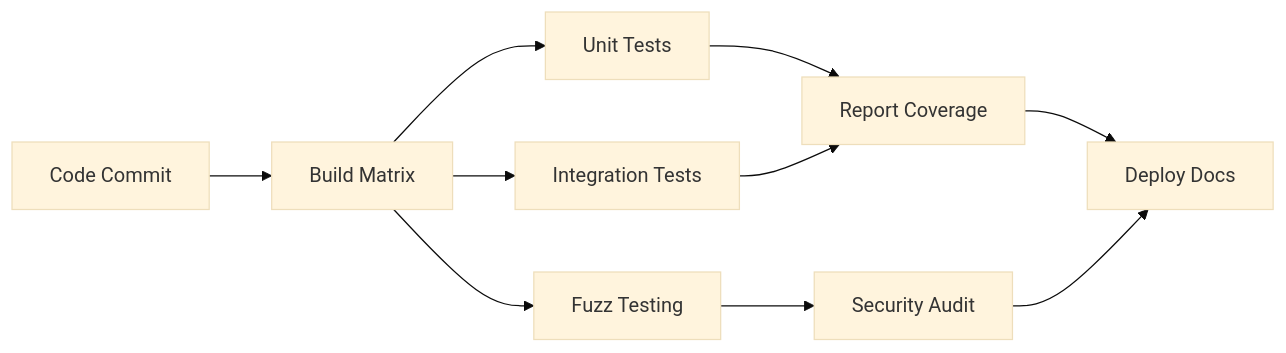
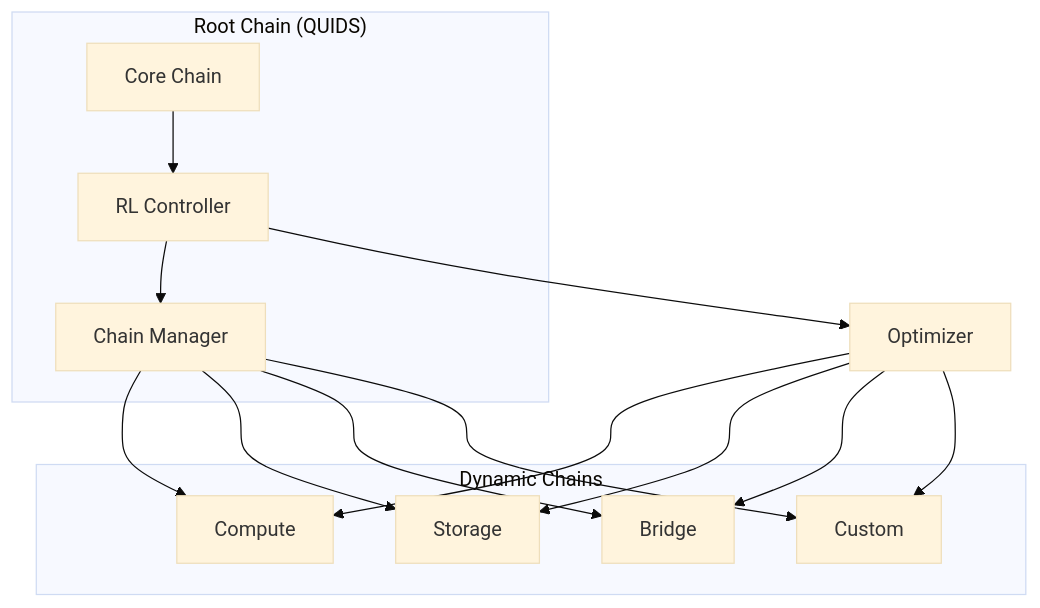
One commit to theaxiomverse/quids-evm-cpp changed the diagram in README.md. Above: the diagram before and after it, drawn with Mermaid (base theme). The commit also changed other lines of this file and 3 other files, not shown here.

````diff
--- a/README.md
+++ b/README.md
@@ -190,12 +206,25 @@
 ```mermaid
-graph LR
-    A[Code Commit] --> B[Build Matrix]
-    B --> C[Unit Tests]
-    B --> D[Integration Tests]
-    B --> E[Fuzz Testing]
-    C --> F[Report Coverage]
-    D --> F
-    E --> G[Security Audit]
-    F --> H[Deploy Docs]
-    G --> H
+graph TD
+    subgraph "Root Chain (QUIDS)"
+        A[Core Chain] --> B[RL Controller]
+        B --> C[Chain Manager]
+    end
+    
+    subgraph "Dynamic Chains"
+        D[Compute]
+        E[Storage]
+        F[Bridge]
+        G[Custom]
+    end
+    
+    C --> D
+    C --> E
+    C --> F
+    C --> G
+    
+    B --> H[Optimizer]
+    H --> D
+    H --> E
+    H --> F
+    H --> G
 ```
````
